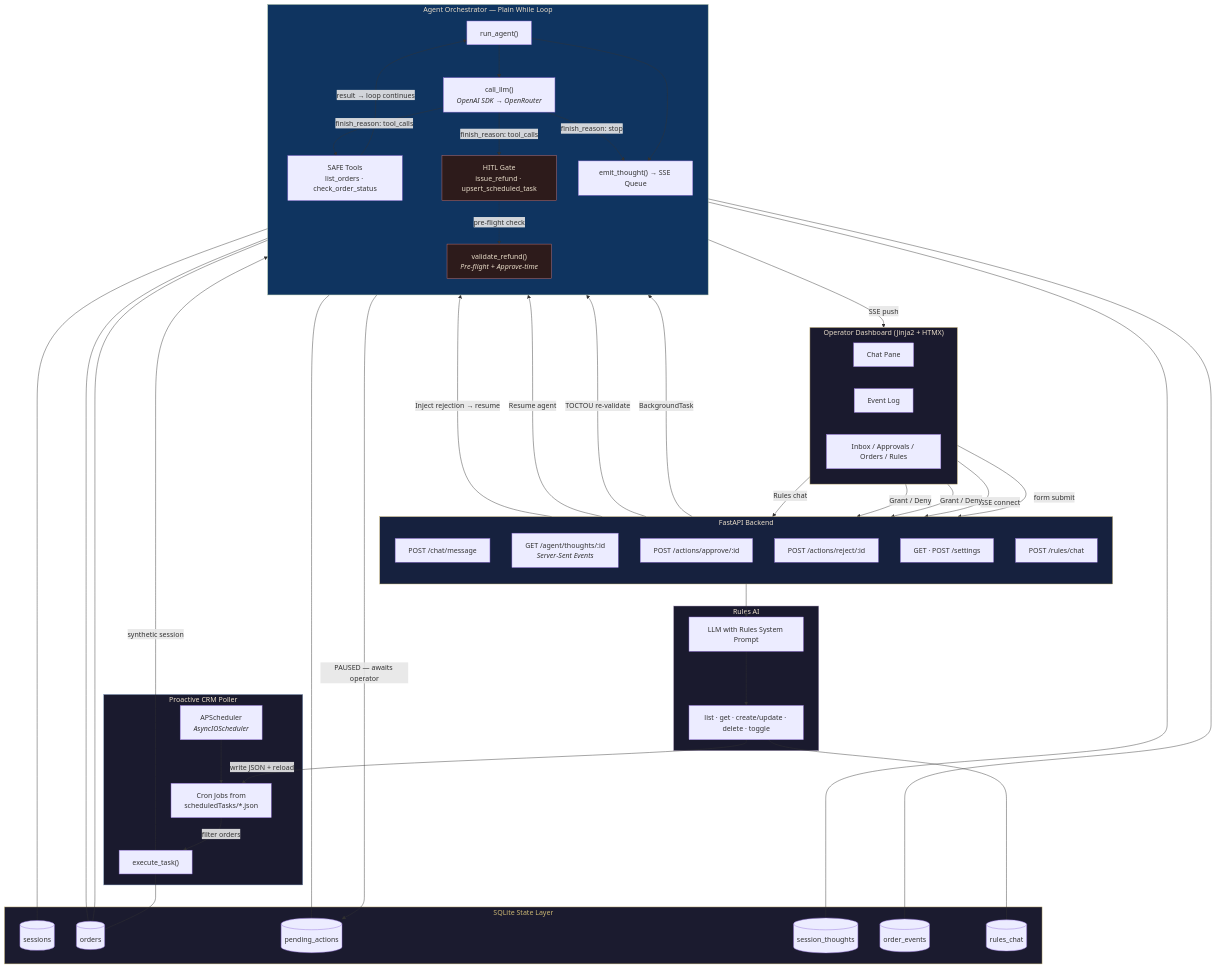
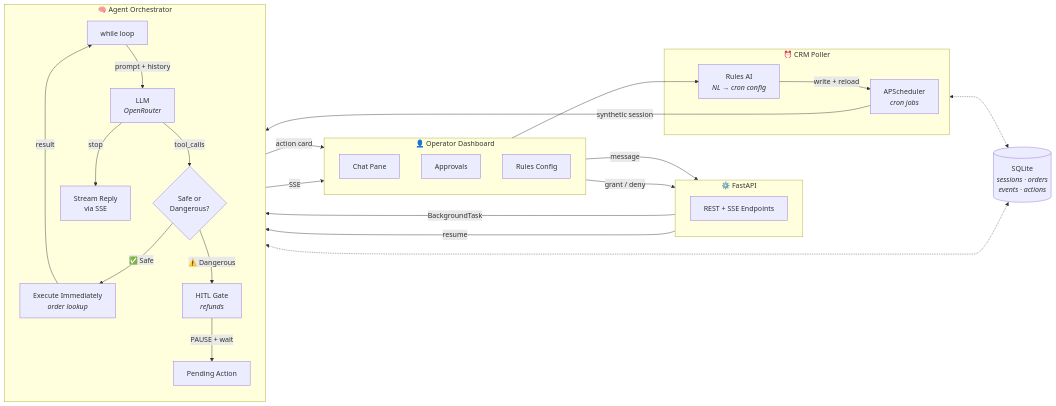
Before and after one commit to kingsmil/proactive-hitl-cx-agent: the first of 6 diagrams in docs/TRD.md, drawn with Mermaid. The commit also changed other lines of this file, not shown here.

Commit message:
simplify

````diff
--- a/docs/TRD.md
+++ b/docs/TRD.md
@@ -5,111 +5,53 @@
 ```mermaid
-flowchart TB
-    subgraph CLIENT["Operator Dashboard (Jinja2 + HTMX)"]
-        direction LR
+flowchart LR
+    subgraph UI["👤 Operator Dashboard"]
+        direction TB
         CHAT["Chat Pane"]
-        ELOG["Event Log"]
-        INBOX["Inbox / Approvals / Orders / Rules"]
+        APPROVE["Approvals"]
+        RULES_UI["Rules Config"]
     end
 
-    subgraph API["FastAPI Backend"]
+    subgraph BACKEND["⚙️ FastAPI"]
         direction TB
-        MSG["POST /chat/message"]
-        SSE["GET /agent/thoughts/:id<br/><i>Server-Sent Events</i>"]
-        APPROVE["POST /actions/approve/:id"]
-        REJECT["POST /actions/reject/:id"]
-        SETTINGS["GET · POST /settings"]
-        RULES_EP["POST /rules/chat"]
+        API["REST + SSE Endpoints"]
     end
 
-    subgraph AGENT["Agent Orchestrator — Plain While Loop"]
+    subgraph CORE["🧠 Agent Orchestrator"]
         direction TB
-        LOOP["run_agent()"]
-        LLM["call_llm()<br/><i>OpenAI SDK → OpenRouter</i>"]
-        SAFE["SAFE Tools<br/>list_orders · check_order_status"]
-        HITL["HITL Gate<br/>issue_refund · upsert_scheduled_task"]
-        STREAM["emit_thought() → SSE Queue"]
-        VALIDATE["validate_refund()<br/><i>Pre-flight + Approve-time</i>"]
+        LOOP["while loop"]
+        LLM["LLM<br/><i>OpenRouter</i>"]
+        LOOP -->|"prompt + history"| LLM
+
+        LLM -->|"tool_calls"| TOOLS
+        LLM -->|"stop"| REPLY["Stream Reply<br/>via SSE"]
+
+        TOOLS{"Safe or<br/>Dangerous?"}
+        TOOLS -->|"✅ Safe"| SAFE["Execute Immediately<br/><i>order lookup</i>"]
+        TOOLS -->|"⚠️ Dangerous"| HITL["HITL Gate<br/><i>refunds</i>"]
+
+        SAFE -->|"result"| LOOP
+        HITL -->|"PAUSE + wait"| PENDING["Pending Action"]
     end
 
-    subgraph RULES["Rules AI"]
-        RULES_LLM["LLM with Rules System Prompt"]
-        RULES_TOOLS["list · get · create/update · delete · toggle"]
+    subgraph PROACTIVE["⏰ CRM Poller"]
+        SCHED["APScheduler<br/><i>cron jobs</i>"]
+        RULES_AI["Rules AI<br/><i>NL → cron config</i>"]
+        RULES_AI -->|"write + reload"| SCHED
     end
 
-    subgraph POLLER["Proactive CRM Poller"]
-        SCHED["APScheduler<br/><i>AsyncIOScheduler</i>"]
-        CRON["Cron Jobs from<br/>scheduledTasks/*.json"]
-        EXEC["execute_task()"]
-    end
+    DB[("SQLite<br/><i>sessions · orders<br/>events · actions</i>")]
 
-    subgraph DB["SQLite State Layer"]
-        SESSIONS[("sessions")]
-        ORDERS[("orders")]
-        PENDING[("pending_actions")]
-        THOUGHTS[("session_thoughts")]
-        EVENTS[("order_events")]
-        RCHAT[("rules_chat")]
-    end
-
-    %% Client → API
-    CHAT -->|"form submit"| MSG
-    ELOG -->|"SSE connect"| SSE
-    INBOX -->|"Grant / Deny"| APPROVE & REJECT
-    INBOX -->|"Rules chat"| RULES_EP
-
-    %% API → Agent
-    MSG -->|"BackgroundTask"| LOOP
-    APPROVE -->|"TOCTOU re-validate"| VALIDATE
-    APPROVE -->|"Resume agent"| LOOP
-    REJECT -->|"Inject rejection → resume"| LOOP
-
-    %% Agent internals
-    LOOP --> LLM
-    LLM -->|"finish_reason: tool_calls"| SAFE
-    LLM -->|"finish_reason: tool_calls"| HITL
-    LLM -->|"finish_reason: stop"| STREAM
-    SAFE -->|"result → loop continues"| LOOP
-    HITL -->|"PAUSED — awaits operator"| PENDING
-    HITL -.->|"pre-flight check"| VALIDATE
-    LOOP --> STREAM
-
-    %% Rules AI
-    RULES_EP --> RULES_LLM
-    RULES_LLM --> RULES_TOOLS
-    RULES_TOOLS -->|"write JSON + reload"| CRON
-
-    %% Poller
-    SCHED --> CRON
-    CRON -->|"filter orders"| EXEC
-    EXEC -->|"synthetic session"| LOOP
-
-    %% SSE to client
-    STREAM -->|"SSE push"| ELOG
+    %% Main flows
+    CHAT -->|"message"| API
+    API -->|"BackgroundTask"| LOOP
+    REPLY -->|"SSE"| UI
+    PENDING -->|"action card"| APPROVE
+    APPROVE -->|"grant / deny"| API
+    API -->|"resume"| LOOP
+    RULES_UI --> RULES_AI
+    SCHED -->|"synthetic session"| LOOP
 
     %% DB connections
-    LOOP --- SESSIONS
-    LOOP --- THOUGHTS
-    SAFE --- ORDERS
-    SAFE --- EVENTS
-    HITL --- PENDING
-    VALIDATE --- ORDERS
-    EXEC --- ORDERS
-    RULES_TOOLS --- RCHAT
-
-    %% Styling
-    classDef client fill:#1a1a2e,stroke:#c9b573,color:#e8dcc8
-    classDef api fill:#16213e,stroke:#c9b573,color:#e8dcc8
-    classDef agent fill:#0f3460,stroke:#9bb59b,color:#e8dcc8
-    classDef rules fill:#1a1a2e,stroke:#b8a9c9,color:#e8dcc8
-    classDef poller fill:#1a1a2e,stroke:#89a4c7,color:#e8dcc8
-    classDef db fill:#1b1b2f,stroke:#c9b573,color:#c9b573
-    classDef gate fill:#2d1b1b,stroke:#c97373,color:#e8dcc8
-
-    class CLIENT client
-    class API api
-    class AGENT agent
-    class RULES rules
-    class POLLER poller
-    class DB db
-    class HITL,VALIDATE gate
+    CORE <-..-> DB
+    PROACTIVE <-..-> DB
 ```
````
